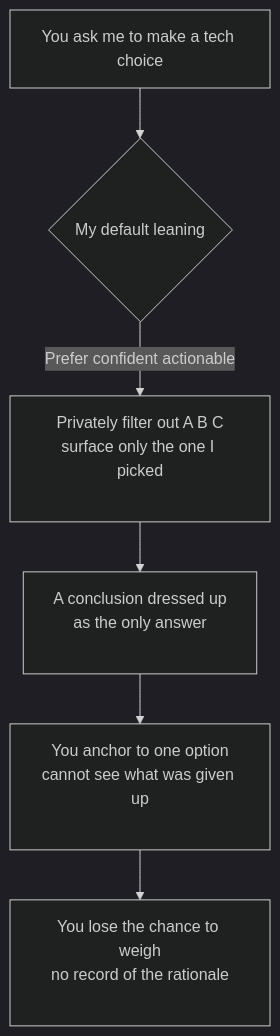
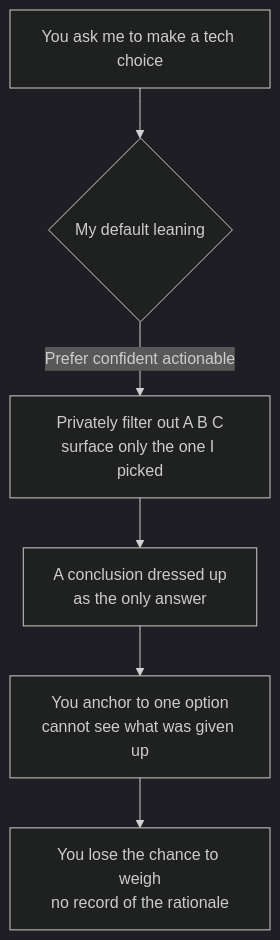
One commit to XuebinMa/AIWiki changed the diagram in i18n/en/docusaurus-plugin-content-docs/current/03-architecture/single-option-no-tradeoffs.mdx. Above: the diagram before and after it, drawn with Mermaid (dark theme). The commit also changed 99 other files, not shown here.

First line of the commit message:
fix(mermaid): 全局根治节点文字裁切（htmlLabels:false + 清理 br/nbsp 占位）(#26)

````diff
--- a/i18n/en/docusaurus-plugin-content-docs/current/03-architecture/single-option-no-tradeoffs.mdx
+++ b/i18n/en/docusaurus-plugin-content-docs/current/03-architecture/single-option-no-tradeoffs.mdx
@@ -39,8 +39,8 @@
 ```mermaid
 flowchart TD
     A[You ask me to make a tech choice] --> B{My default leaning}
-    B -->|Prefer confident actionable| C[Privately filter out A B C<br/>surface only the one I picked<br/>&nbsp;]
-    C --> D[A conclusion dressed up<br/>as the only answer<br/>&nbsp;]
-    D --> E[You anchor to one option<br/>cannot see what was given up<br/>&nbsp;]
-    E --> F[You lose the chance to weigh<br/>no record of the rationale<br/>&nbsp;]
+    B -->|Prefer confident actionable| C[Privately filter out A B C<br/>surface only the one I picked]
+    C --> D[A conclusion dressed up<br/>as the only answer]
+    D --> E[You anchor to one option<br/>cannot see what was given up]
+    E --> F[You lose the chance to weigh<br/>no record of the rationale]
 ```
````
